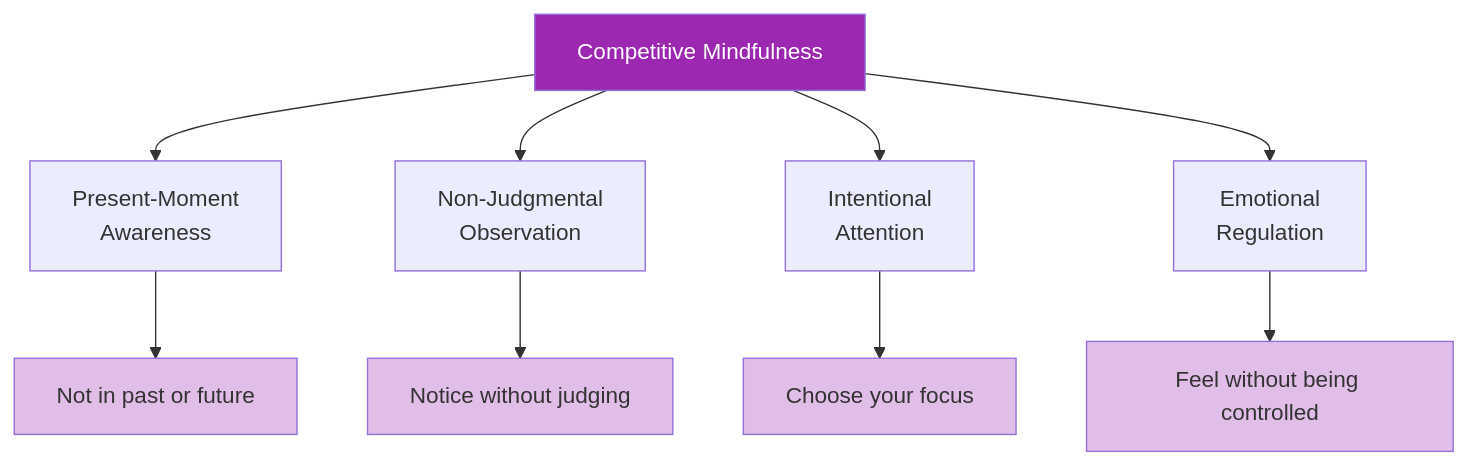
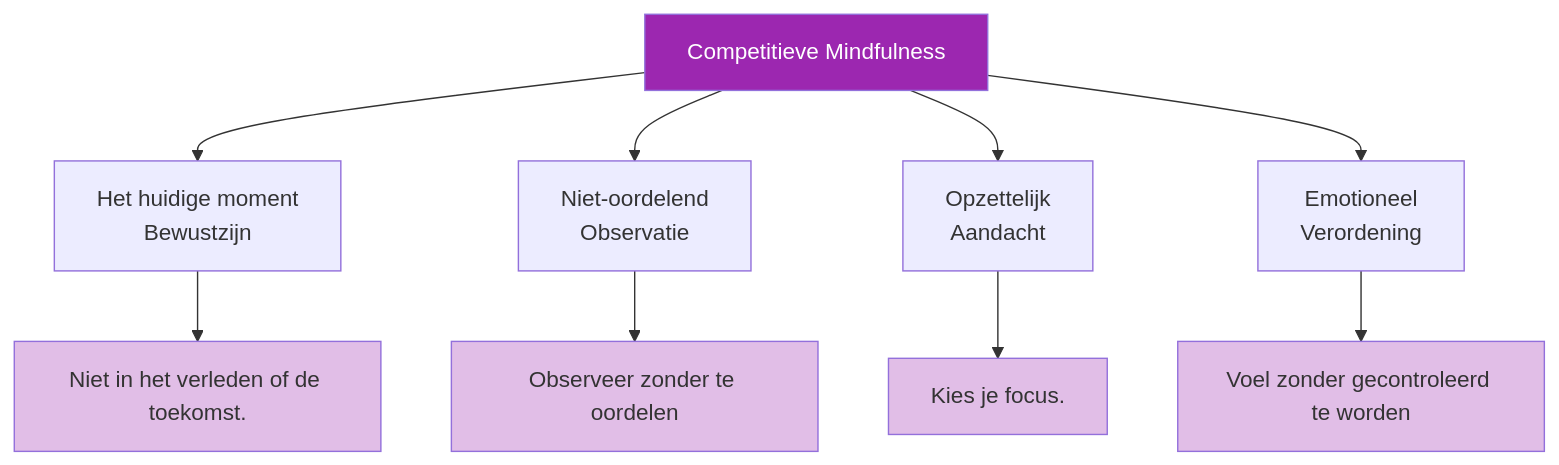
The diagram in docs/nl/articles/mindfulness-competition.md (patwii/petanque-academy), drawn with Mermaid before and after one commit. The commit also changed other lines of this file and 550 other files, not shown here.

````diff
--- a/docs/nl/articles/mindfulness-competition.md
+++ b/docs/nl/articles/mindfulness-competition.md
@@ -20,18 +20,18 @@
 ```mermaid
 flowchart TD
-    A[Competitive Mindfulness] --> B[Present-Moment<br/>Awareness]
-    A --> C[Non-Judgmental<br/>Observation]
-    A --> D[Intentional<br/>Attention]
-    A --> E[Emotional<br/>Regulation]
+    A[Competitieve Mindfulness] --> B[Het huidige moment <br/> Bewustzijn]
+    A --> C[Niet-oordelend <br/> Observatie]
+    A --> D[Opzettelijk <br/> Aandacht]
+    A --> E[Emotioneel <br/> Verordening]
 
-    B --> F[Not in past or future]
-    C --> G[Notice without judging]
-    D --> H[Choose your focus]
-    E --> I[Feel without being controlled]
+    B --> F[Niet in het verleden of de toekomst.]
+    C --> G[Observeer zonder te oordelen]
+    D --> H[Kies je focus.]
+    E --> I[Voel zonder gecontroleerd te worden]
 
     style A fill:#9C27B0,color:#fff
     style F fill:#e1bee7
     style G fill:#e1bee7
     style H fill:#e1bee7
     style I fill:#e1bee7
 ```
````
